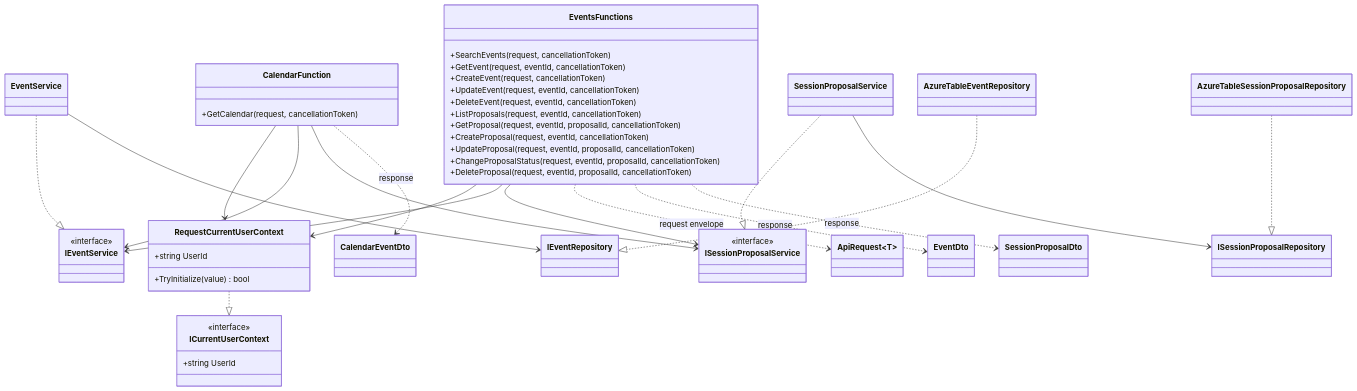
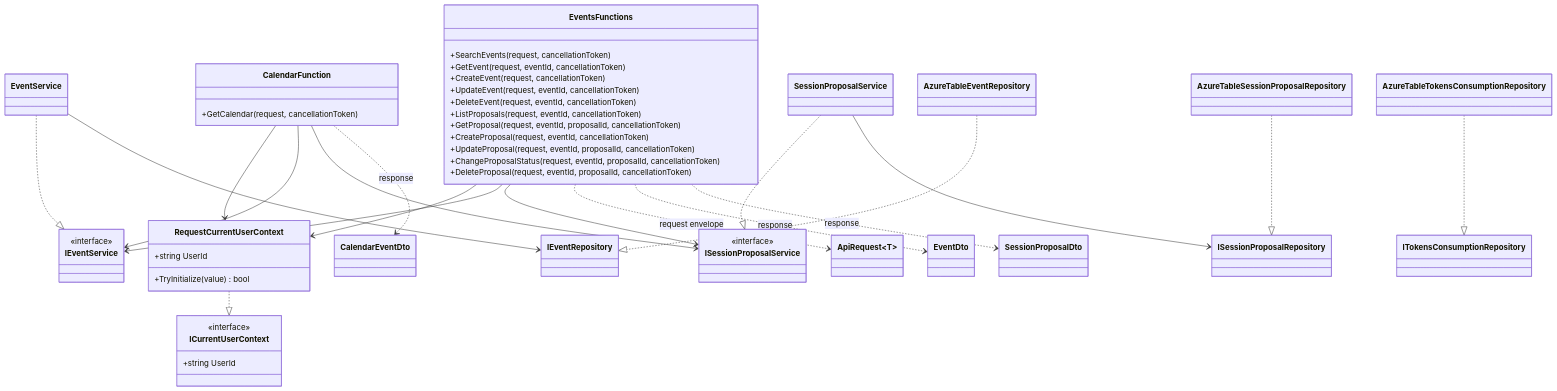
One commit to massimobonanni/TalksOps changed the diagram in src/TalksOps.Functions/README.md. Above: the diagram before and after it, drawn with Mermaid. The commit also changed other lines of this file and 6 other files, not shown here.

Commit message:
feat: update documentation and tests for TokensConsumption management, including table structure and integration tests

````diff
--- a/src/TalksOps.Functions/README.md
+++ b/src/TalksOps.Functions/README.md
@@ -7,61 +7,64 @@
 ```mermaid
 classDiagram
     class EventsFunctions {
         +SearchEvents(request, cancellationToken)
         +GetEvent(request, eventId, cancellationToken)
         +CreateEvent(request, cancellationToken)
         +UpdateEvent(request, eventId, cancellationToken)
         +DeleteEvent(request, eventId, cancellationToken)
         +ListProposals(request, eventId, cancellationToken)
         +GetProposal(request, eventId, proposalId, cancellationToken)
         +CreateProposal(request, eventId, cancellationToken)
         +UpdateProposal(request, eventId, proposalId, cancellationToken)
         +ChangeProposalStatus(request, eventId, proposalId, cancellationToken)
         +DeleteProposal(request, eventId, proposalId, cancellationToken)
     }
     class CalendarFunction {
         +GetCalendar(request, cancellationToken)
     }
     class RequestCurrentUserContext {
         +string UserId
         +TryInitialize(value) bool
     }
     class ICurrentUserContext {
         <<interface>>
         +string UserId
     }
     class IEventService {
         <<interface>>
     }
     class ISessionProposalService {
         <<interface>>
     }
     class EventService
     class SessionProposalService
     class IEventRepository
     class ISessionProposalRepository
+    class ITokensConsumptionRepository
     class AzureTableEventRepository
     class AzureTableSessionProposalRepository
+    class AzureTableTokensConsumptionRepository
     class ApiRequest~T~
     class EventDto
     class SessionProposalDto
     class CalendarEventDto
 
     RequestCurrentUserContext ..|> ICurrentUserContext
     EventsFunctions --> RequestCurrentUserContext
     CalendarFunction --> RequestCurrentUserContext
     EventsFunctions --> IEventService
     EventsFunctions --> ISessionProposalService
     CalendarFunction --> IEventService
     CalendarFunction --> ISessionProposalService
     EventService ..|> IEventService
     SessionProposalService ..|> ISessionProposalService
     EventService --> IEventRepository
     SessionProposalService --> ISessionProposalRepository
     AzureTableEventRepository ..|> IEventRepository
     AzureTableSessionProposalRepository ..|> ISessionProposalRepository
+    AzureTableTokensConsumptionRepository ..|> ITokensConsumptionRepository
     EventsFunctions ..> ApiRequest : request envelope
     EventsFunctions ..> EventDto : response
     EventsFunctions ..> SessionProposalDto : response
     CalendarFunction ..> CalendarEventDto : response
 ```
````
